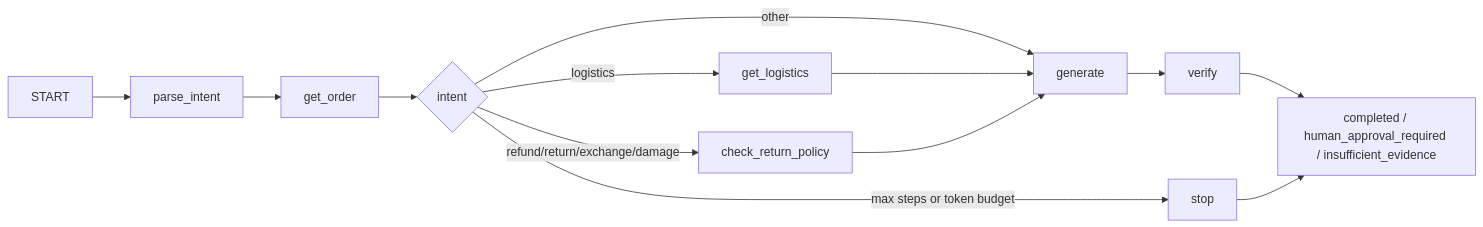
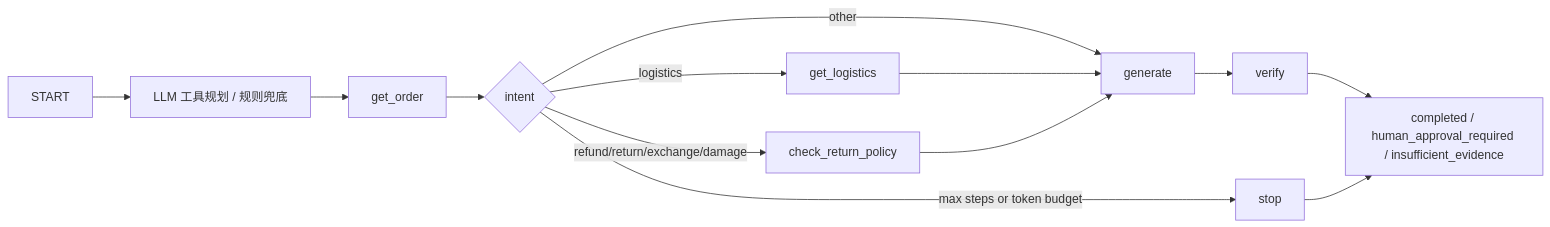
The second of 4 diagrams in docs/ARCHITECTURE.md (leeon666/ShopAgent), drawn with Mermaid before and after one commit. The commit also changed other lines of this file and 27 other files, not shown here.

````diff
--- a/docs/ARCHITECTURE.md
+++ b/docs/ARCHITECTURE.md
@@ -30,15 +30,15 @@
 ```mermaid
 flowchart LR
-    START --> PARSE[parse_intent]
+    START --> PARSE[LLM 工具规划 / 规则兜底]
     PARSE --> ORDER[get_order]
     ORDER --> ROUTE{intent}
     ROUTE -->|logistics| LOGISTICS[get_logistics]
     ROUTE -->|refund/return/exchange/damage| POLICY[check_return_policy]
     ROUTE -->|other| GENERATE[generate]
     LOGISTICS --> GENERATE
     POLICY --> GENERATE
     GENERATE --> VERIFY[verify]
     VERIFY --> END[completed / human_approval_required / insufficient_evidence]
     ROUTE -->|max steps or token budget| STOP[stop]
     STOP --> END
 ```
````
